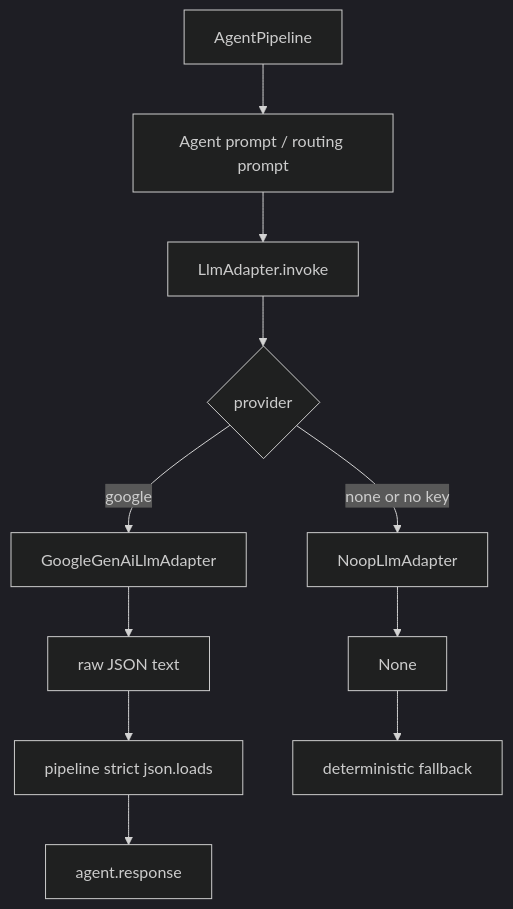
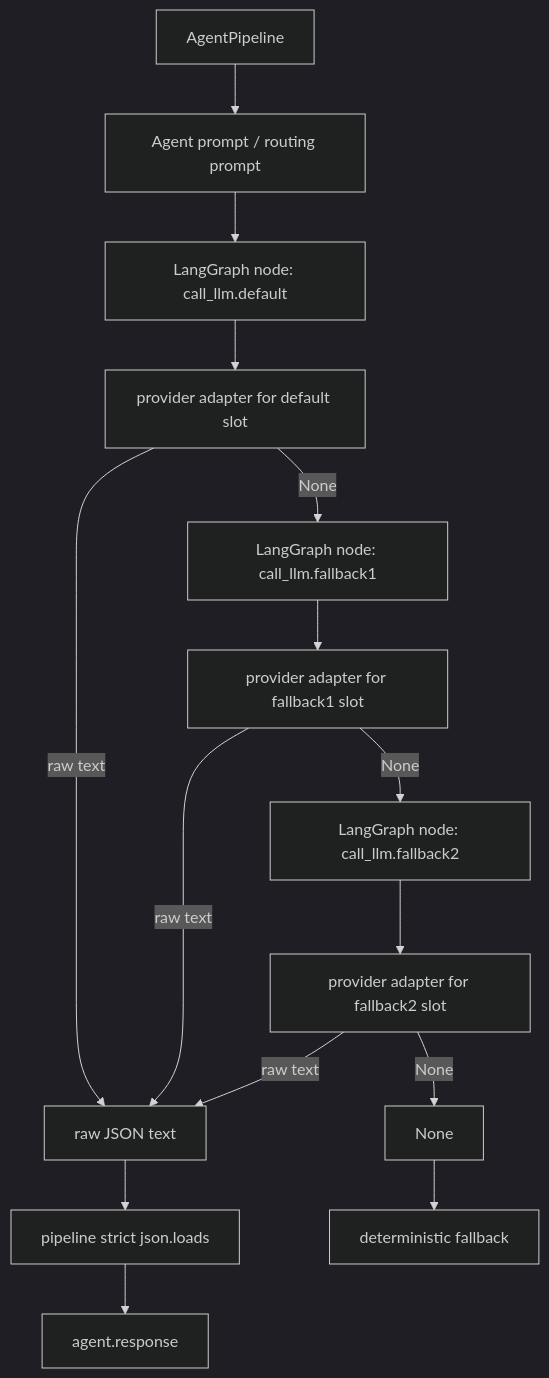
Before and after one commit to PU3-Lab/factory-space: the diagram in backend/docs/plans/llm_implementation_plan.md, drawn with Mermaid (dark theme). The commit also changed other lines of this file and 1 other file, not shown here.

Commit message:
docs: LangGraph 기반 LLM fallback 설계 반영

````diff
--- a/backend/docs/plans/llm_implementation_plan.md
+++ b/backend/docs/plans/llm_implementation_plan.md
@@ -35,13 +79,17 @@
 ```mermaid
 flowchart TD
     Pipeline[AgentPipeline] --> Prompt[Agent prompt / routing prompt]
-    Prompt --> Adapter[LlmAdapter.invoke]
-    Adapter --> Provider{provider}
-    Provider -->|none or no key| Noop[NoopLlmAdapter]
-    Provider -->|google| Google[GoogleGenAiLlmAdapter]
-    Google --> Raw[raw JSON text]
-    Noop --> Empty[None]
+    Prompt --> DefaultNode[LangGraph node: call_llm.default]
+    DefaultNode --> DefaultAdapter[provider adapter for default slot]
+    DefaultAdapter -->|None| Fallback1Node[LangGraph node: call_llm.fallback1]
+    Fallback1Node --> Fallback1Adapter[provider adapter for fallback1 slot]
+    Fallback1Adapter -->|None| Fallback2Node[LangGraph node: call_llm.fallback2]
+    Fallback2Node --> Fallback2Adapter[provider adapter for fallback2 slot]
+    Fallback2Adapter -->|None| Empty[None]
+    DefaultAdapter -->|raw text| Raw[raw JSON text]
+    Fallback1Adapter -->|raw text| Raw
+    Fallback2Adapter -->|raw text| Raw
     Raw --> PipelineParse[pipeline strict json.loads]
     Empty --> Fallback[deterministic fallback]
     PipelineParse --> Response[agent.response]
 ```
````
